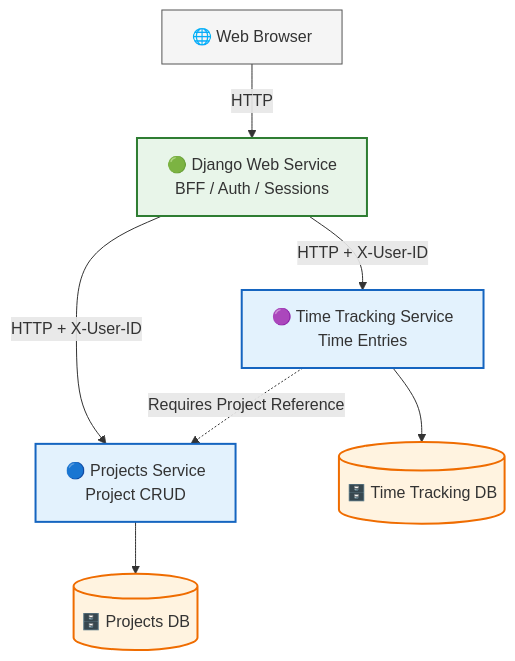
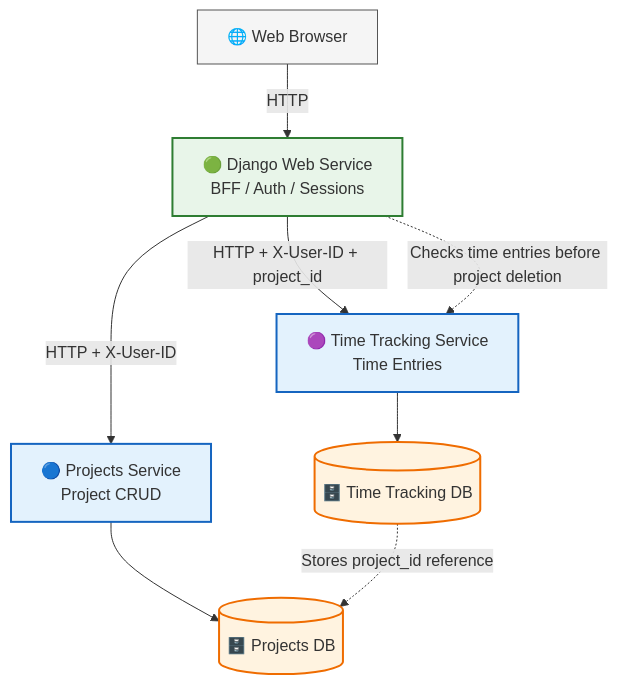
One commit to xMattC/django-flask-microservices-project changed the diagram in docs/architecture-diagram.mmd. Above: the diagram before and after it, drawn with Mermaid.

Commit message:
Update architecture diagram with project references

```diff
--- a/docs/architecture-diagram.mmd
+++ b/docs/architecture-diagram.mmd
@@ -1,31 +1,31 @@
-
 flowchart TD
     browser[🌐 Web Browser]
 
     web[🟢 Django Web Service<br/>BFF / Auth / Sessions]
 
     projects[🔵 Projects Service<br/>Project CRUD]
     time[🟣 Time Tracking Service<br/>Time Entries]
 
     projects_db[(🗄️ Projects DB)]
     time_db[(🗄️ Time Tracking DB)]
 
     browser -->|HTTP| web
 
     web -->|HTTP + X-User-ID| projects
-    web -->|HTTP + X-User-ID| time
+    web -->|HTTP + X-User-ID + project_id| time
 
     projects --> projects_db
     time --> time_db
 
-    time -.->|Requires Project Reference| projects
+    time_db -.->|Stores project_id reference| projects_db
+    web -.->|Checks time entries before project deletion| time
 
     classDef django fill:#e8f5e9,stroke:#2e7d32,stroke-width:2px;
     classDef flask fill:#e3f2fd,stroke:#1565c0,stroke-width:2px;
     classDef db fill:#fff3e0,stroke:#ef6c00,stroke-width:2px;
     classDef client fill:#f5f5f5,stroke:#555,stroke-width:1px;
 
     class browser client;
     class web django;
     class projects,time flask;
     class projects_db,time_db db;
```
